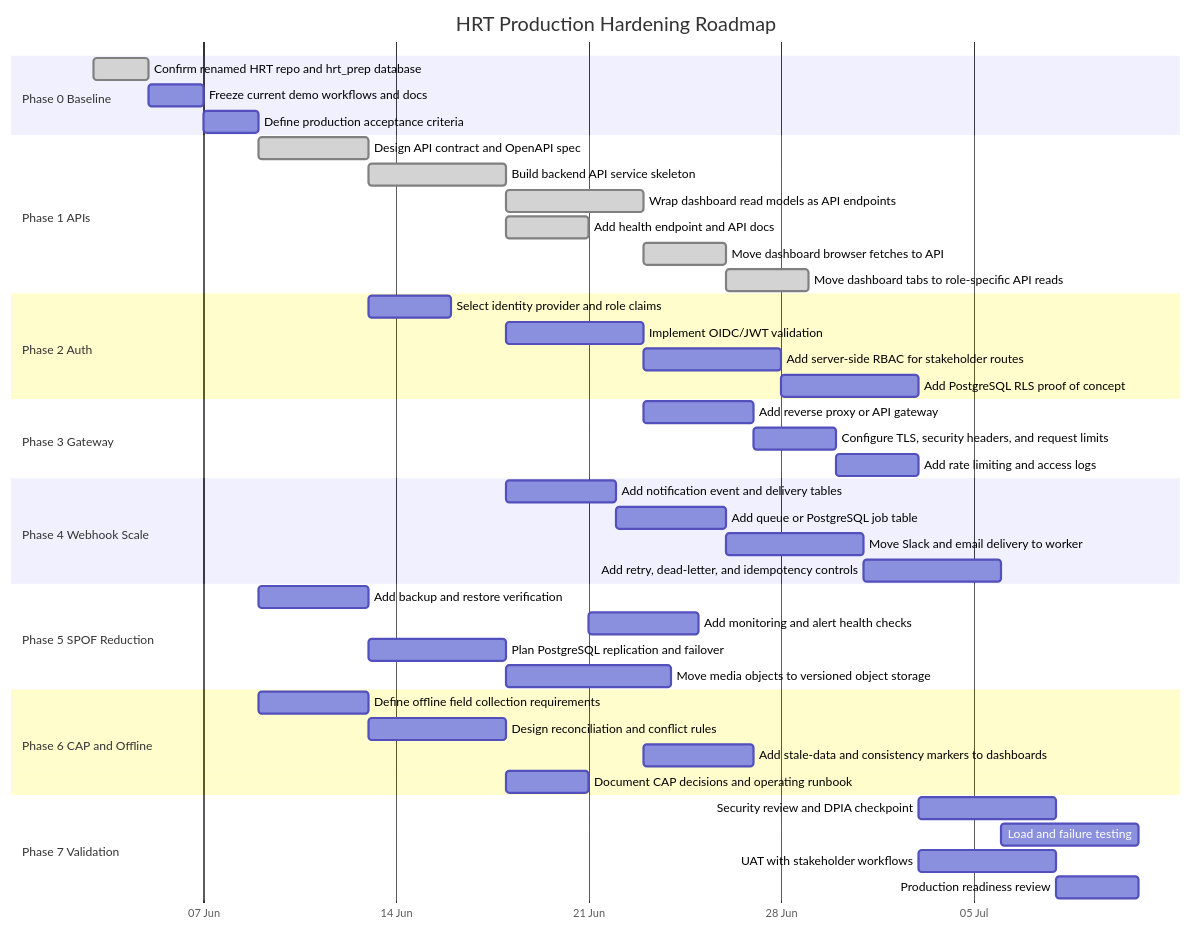
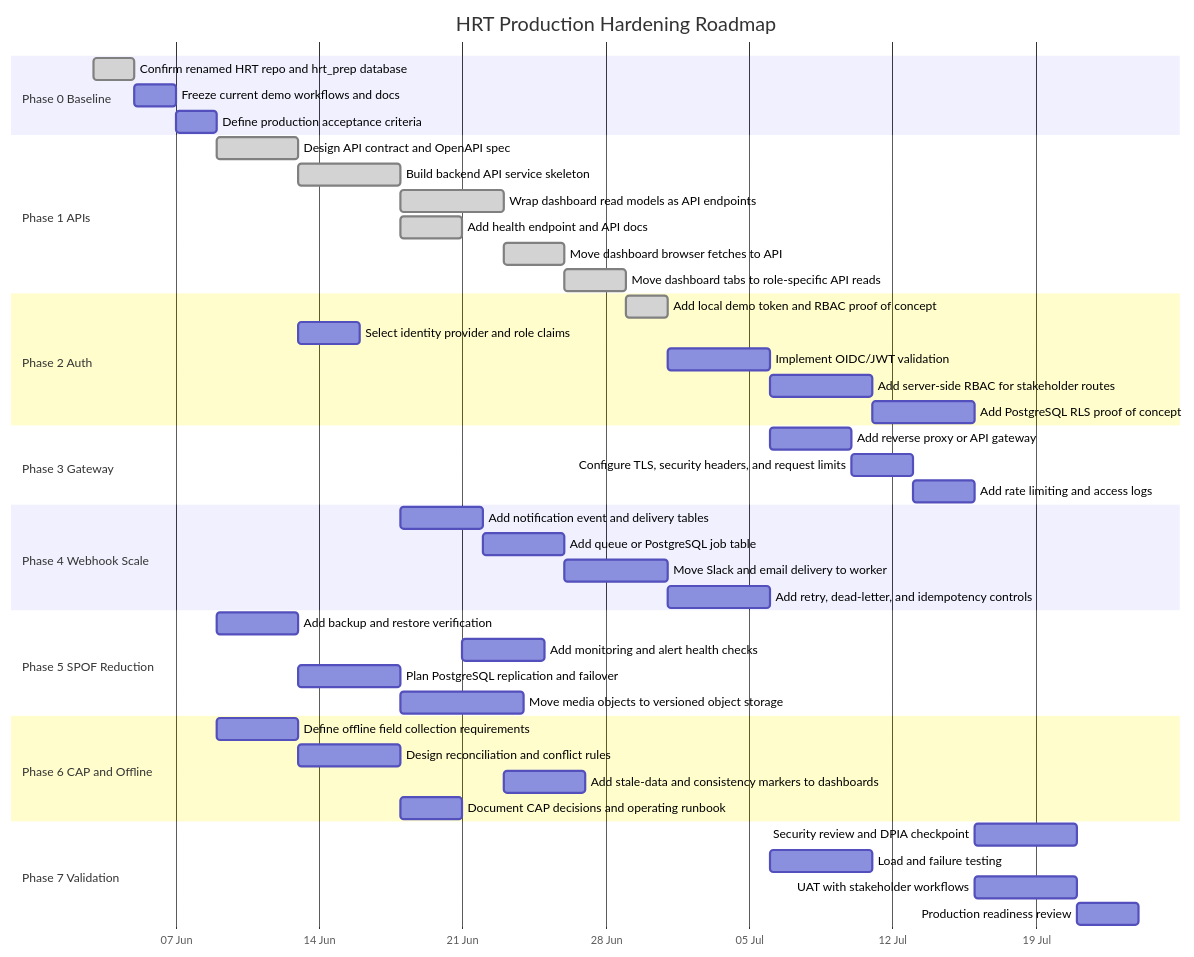
One commit to waigisteve/hrt-dbm-evidence-ops changed the diagram in implementation_roadmap.md. Above: the diagram before and after it, drawn with Mermaid. The commit also changed other lines of this file and 13 other files, not shown here.

Commit message:
Add demo token RBAC for dashboard API

````diff
--- a/implementation_roadmap.md
+++ b/implementation_roadmap.md
@@ -88,54 +88,55 @@
 ```mermaid
 gantt
     title HRT Production Hardening Roadmap
     dateFormat  YYYY-MM-DD
     axisFormat  %d %b
 
     section Phase 0 Baseline
     Confirm renamed HRT repo and hrt_prep database        :done, p0a, 2026-06-03, 2d
     Freeze current demo workflows and docs                :p0b, after p0a, 2d
     Define production acceptance criteria                 :p0c, after p0b, 2d
 
     section Phase 1 APIs
     Design API contract and OpenAPI spec                  :done, p1a, after p0c, 4d
     Build backend API service skeleton                    :done, p1b, after p1a, 5d
     Wrap dashboard read models as API endpoints           :done, p1c, after p1b, 5d
     Add health endpoint and API docs                      :done, p1d, after p1b, 3d
     Move dashboard browser fetches to API                 :done, p1e, after p1c, 3d
     Move dashboard tabs to role-specific API reads        :done, p1f, after p1e, 3d
 
     section Phase 2 Auth
+    Add local demo token and RBAC proof of concept        :done, p2demo, after p1f, 2d
     Select identity provider and role claims              :p2a, after p1a, 3d
-    Implement OIDC/JWT validation                         :p2b, after p1b, 5d
+    Implement OIDC/JWT validation                         :p2b, after p2demo, 5d
     Add server-side RBAC for stakeholder routes           :p2c, after p2b, 5d
     Add PostgreSQL RLS proof of concept                   :p2d, after p2c, 5d
 
     section Phase 3 Gateway
     Add reverse proxy or API gateway                      :p3a, after p2b, 4d
     Configure TLS, security headers, and request limits   :p3b, after p3a, 3d
     Add rate limiting and access logs                     :p3c, after p3b, 3d
 
     section Phase 4 Webhook Scale
     Add notification event and delivery tables            :p4a, after p1b, 4d
     Add queue or PostgreSQL job table                     :p4b, after p4a, 4d
     Move Slack and email delivery to worker               :p4c, after p4b, 5d
     Add retry, dead-letter, and idempotency controls      :p4d, after p4c, 5d
 
     section Phase 5 SPOF Reduction
     Add backup and restore verification                   :p5a, after p0c, 4d
     Add monitoring and alert health checks                :p5b, after p1d, 4d
     Plan PostgreSQL replication and failover              :p5c, after p5a, 5d
     Move media objects to versioned object storage        :p5d, after p1b, 6d
 
     section Phase 6 CAP and Offline
     Define offline field collection requirements          :p6a, after p0c, 4d
     Design reconciliation and conflict rules              :p6b, after p6a, 5d
     Add stale-data and consistency markers to dashboards  :p6c, after p1c, 4d
     Document CAP decisions and operating runbook          :p6d, after p6b, 3d
 
     section Phase 7 Validation
     Security review and DPIA checkpoint                   :p7a, after p2d, 5d
     Load and failure testing                              :p7b, after p4d, 5d
     UAT with stakeholder workflows                        :p7c, after p3c, 5d
     Production readiness review                           :p7d, after p7a, 3d
 ```
````
